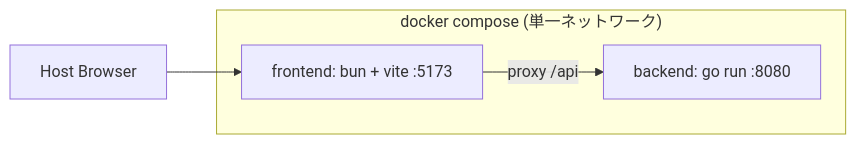
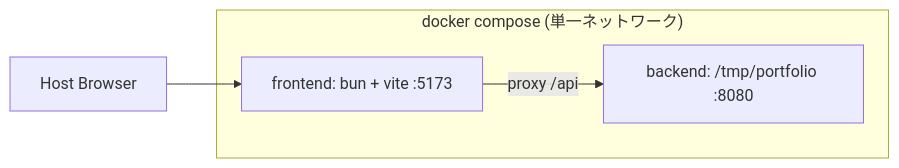
Before and after one commit to cyokozai/portfolio: the third of 3 diagrams in docs/architecture-decisions.md, drawn with Mermaid. The commit also changed other lines of this file and 14 other files, not shown here.

````diff
--- a/docs/architecture-decisions.md
+++ b/docs/architecture-decisions.md
@@ -58,9 +58,9 @@
 ```mermaid
 graph LR
   subgraph "docker compose (単一ネットワーク)"
     FE["frontend: bun + vite :5173"]
-    BE["backend: go run :8080"]
+    BE["backend: /tmp/portfolio :8080"]
   end
   H[Host Browser] --> FE
   FE -->|"proxy /api"| BE
 ```
````
